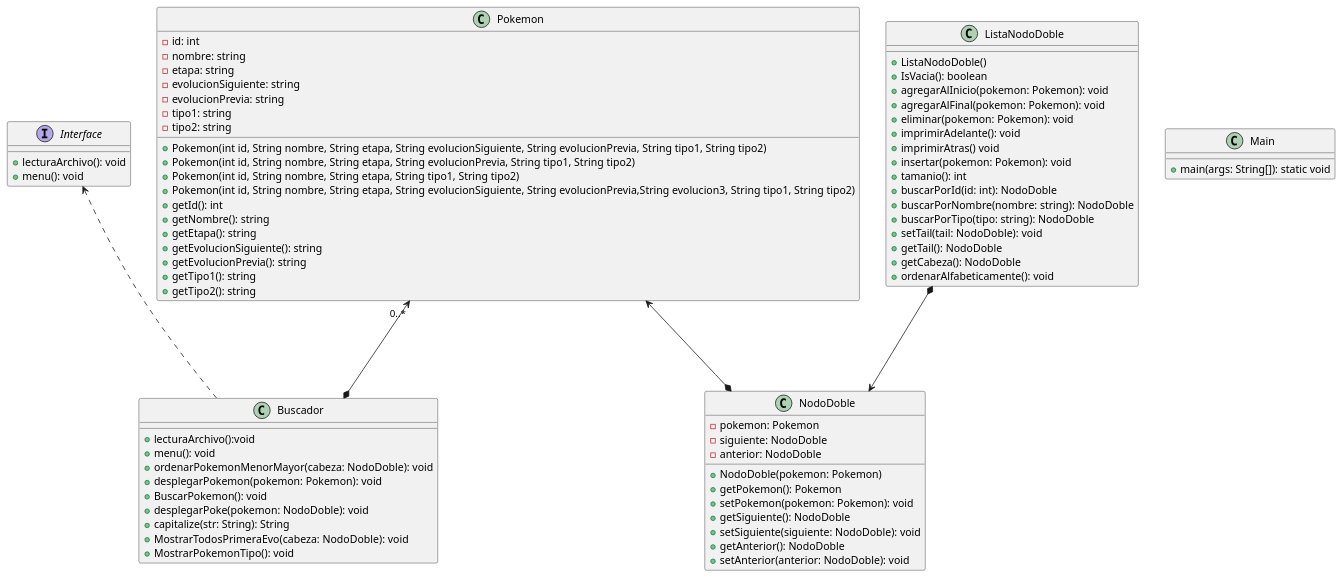
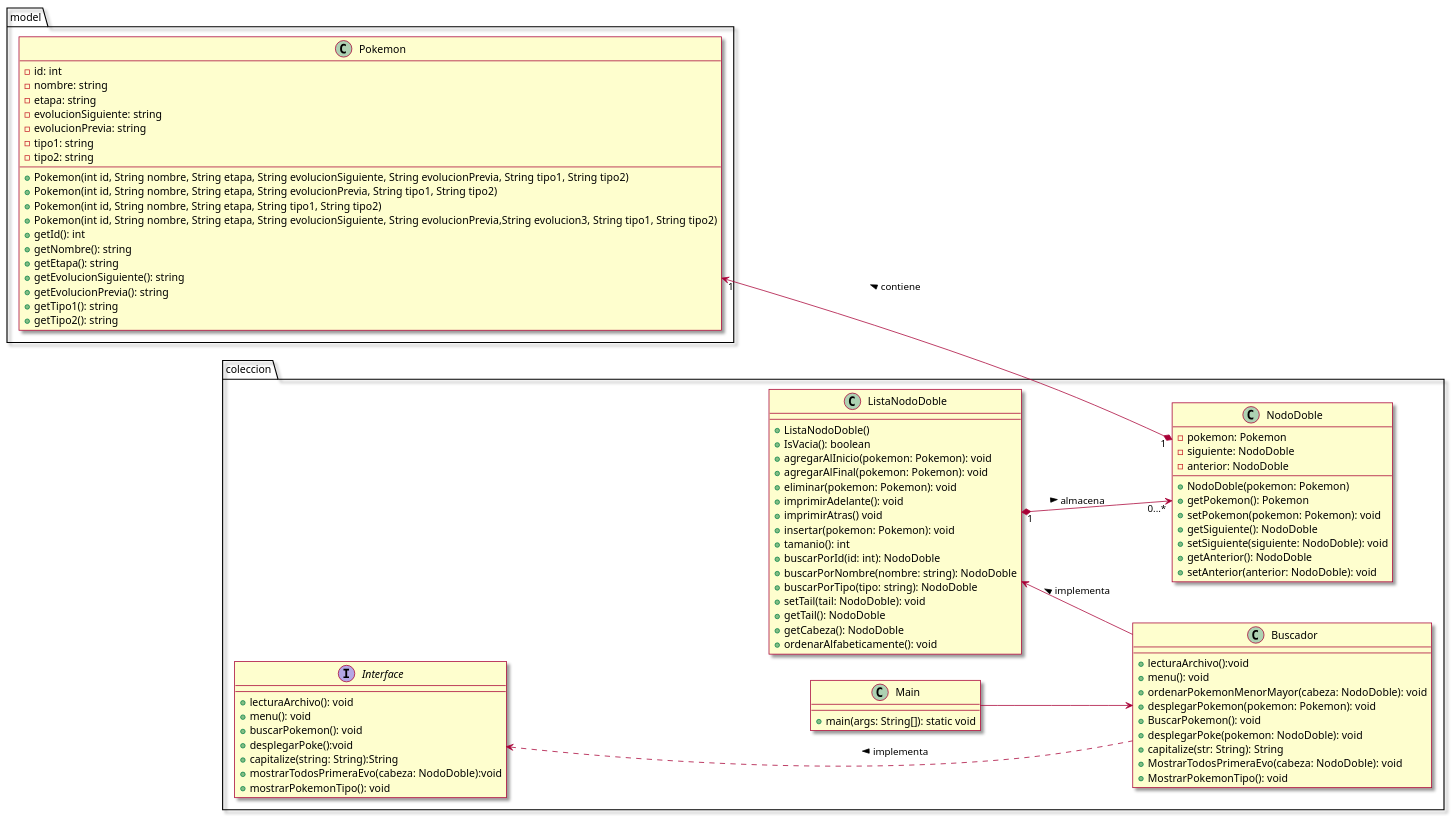
Before and after one commit to Ignac10G/Taller4: the diagram in dominio.puml, drawn with PlantUML. The commit also changed 6 other files, not shown here.

```diff
--- a/dominio.puml
+++ b/dominio.puml
@@ -1,75 +1,89 @@
 @startuml
-class Buscador{
-+ lecturaArchivo():void
-+ menu(): void
-+ ordenarPokemonMenorMayor(cabeza: NodoDoble): void
-+ desplegarPokemon(pokemon: Pokemon): void
-+ BuscarPokemon(): void
-+ desplegarPoke(pokemon: NodoDoble): void
-+ capitalize(str: String): String
-+ MostrarTodosPrimeraEvo(cabeza: NodoDoble): void
-+ MostrarPokemonTipo(): void
+left to right direction
+skin rose
+
+package "coleccion" {
+    class Main{
+        + main(args: String[]): static void
+        }
+    interface Interface{
+        + lecturaArchivo(): void
+        + menu(): void
+        + buscarPokemon(): void
+        + desplegarPoke():void
+        + capitalize(string: String):String
+        + mostrarTodosPrimeraEvo(cabeza: NodoDoble):void
+        + mostrarPokemonTipo(): void
+    }
+    class Buscador{
+    + lecturaArchivo():void
+    + menu(): void
+    + ordenarPokemonMenorMayor(cabeza: NodoDoble): void
+    + desplegarPokemon(pokemon: Pokemon): void
+    + BuscarPokemon(): void
+    + desplegarPoke(pokemon: NodoDoble): void
+    + capitalize(str: String): String
+    + MostrarTodosPrimeraEvo(cabeza: NodoDoble): void
+    + MostrarPokemonTipo(): void
+    }
+    class ListaNodoDoble{
+    + ListaNodoDoble()
+    + IsVacia(): boolean
+    + agregarAlInicio(pokemon: Pokemon): void
+    + agregarAlFinal(pokemon: Pokemon): void
+    + eliminar(pokemon: Pokemon): void
+    + imprimirAdelante(): void
+    + imprimirAtras() void
+    + insertar(pokemon: Pokemon): void
+    + tamanio(): int
+    + buscarPorId(id: int): NodoDoble
+    + buscarPorNombre(nombre: string): NodoDoble
+    + buscarPorTipo(tipo: string): NodoDoble
+    + setTail(tail: NodoDoble): void
+    + getTail(): NodoDoble
+    + getCabeza(): NodoDoble
+    + ordenarAlfabeticamente(): void
+    }
+    class NodoDoble{
+    - pokemon: Pokemon
+    - siguiente: NodoDoble
+    - anterior: NodoDoble
+    + NodoDoble(pokemon: Pokemon)
+    + getPokemon(): Pokemon
+    + setPokemon(pokemon: Pokemon): void
+    + getSiguiente(): NodoDoble
+    + setSiguiente(siguiente: NodoDoble): void
+    + getAnterior(): NodoDoble
+    + setAnterior(anterior: NodoDoble): void
+    }
 }
-class ListaNodoDoble{
-+ ListaNodoDoble()
-+ IsVacia(): boolean
-+ agregarAlInicio(pokemon: Pokemon): void
-+ agregarAlFinal(pokemon: Pokemon): void
-+ eliminar(pokemon: Pokemon): void
-+ imprimirAdelante(): void
-+ imprimirAtras() void
-+ insertar(pokemon: Pokemon): void
-+ tamanio(): int
-+ buscarPorId(id: int): NodoDoble
-+ buscarPorNombre(nombre: string): NodoDoble
-+ buscarPorTipo(tipo: string): NodoDoble
-+ setTail(tail: NodoDoble): void
-+ getTail(): NodoDoble
-+ getCabeza(): NodoDoble
-+ ordenarAlfabeticamente(): void
-}
-class NodoDoble{
-- pokemon: Pokemon
-- siguiente: NodoDoble
-- anterior: NodoDoble
-+ NodoDoble(pokemon: Pokemon)
-+ getPokemon(): Pokemon
-+ setPokemon(pokemon: Pokemon): void
-+ getSiguiente(): NodoDoble
-+ setSiguiente(siguiente: NodoDoble): void
-+ getAnterior(): NodoDoble
-+ setAnterior(anterior: NodoDoble): void
-}
-class Pokemon{
-- id: int
-- nombre: string
-- etapa: string
-- evolucionSiguiente: string
-- evolucionPrevia: string
-- tipo1: string
-- tipo2: string
-+ Pokemon(int id, String nombre, String etapa, String evolucionSiguiente, String evolucionPrevia, String tipo1, String tipo2)
-+ Pokemon(int id, String nombre, String etapa, String evolucionPrevia, String tipo1, String tipo2)
-+ Pokemon(int id, String nombre, String etapa, String tipo1, String tipo2)
-+ Pokemon(int id, String nombre, String etapa, String evolucionSiguiente, String evolucionPrevia,String evolucion3, String tipo1, String tipo2)
-+ getId(): int
-+ getNombre(): string
-+ getEtapa(): string
-+ getEvolucionSiguiente(): string
-+ getEvolucionPrevia(): string
-+ getTipo1(): string
-+ getTipo2(): string
-}
-class Main{
-+ main(args: String[]): static void
-}
-interface Interface{
-+ lecturaArchivo(): void
-+ menu(): void
+package "model"{
+    class Pokemon{
+    - id: int
+    - nombre: string
+    - etapa: string
+    - evolucionSiguiente: string
+    - evolucionPrevia: string
+    - tipo1: string
+    - tipo2: string
+    + Pokemon(int id, String nombre, String etapa, String evolucionSiguiente, String evolucionPrevia, String tipo1, String tipo2)
+    + Pokemon(int id, String nombre, String etapa, String evolucionPrevia, String tipo1, String tipo2)
+    + Pokemon(int id, String nombre, String etapa, String tipo1, String tipo2)
+    + Pokemon(int id, String nombre, String etapa, String evolucionSiguiente, String evolucionPrevia,String evolucion3, String tipo1, String tipo2)
+    + getId(): int
+    + getNombre(): string
+    + getEtapa(): string
+    + getEvolucionSiguiente(): string
+    + getEvolucionPrevia(): string
+    + getTipo1(): string
+    + getTipo2(): string
+    }
+
 }
 
-Pokemon "0..*" <---* Buscador
-ListaNodoDoble *---> NodoDoble
-Pokemon <---* NodoDoble
-Interface <... Buscador
+ListaNodoDoble <-- Buscador: implementa <
+ListaNodoDoble"1" *-->"0...*" NodoDoble: almacena >
+Pokemon"1" <---* "1"NodoDoble: contiene <
+Interface <... Buscador: implementa <
+Main --> Buscador
 @enduml
```
